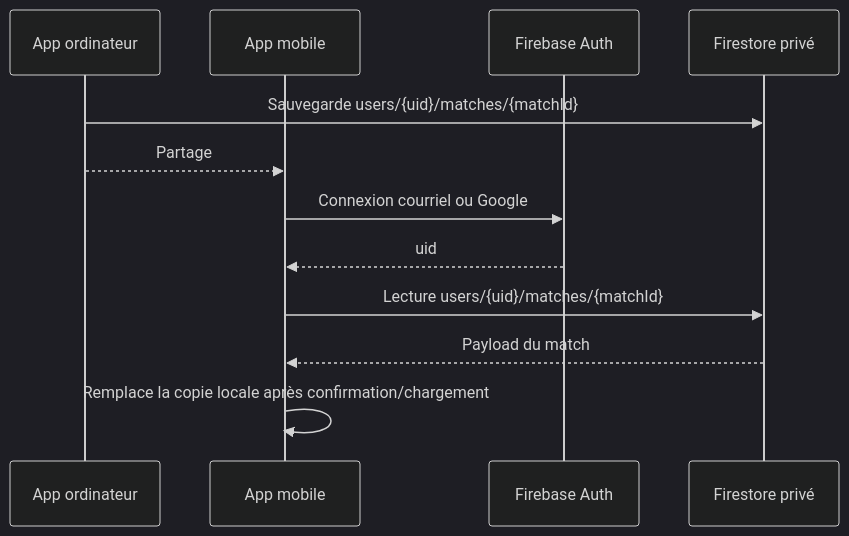
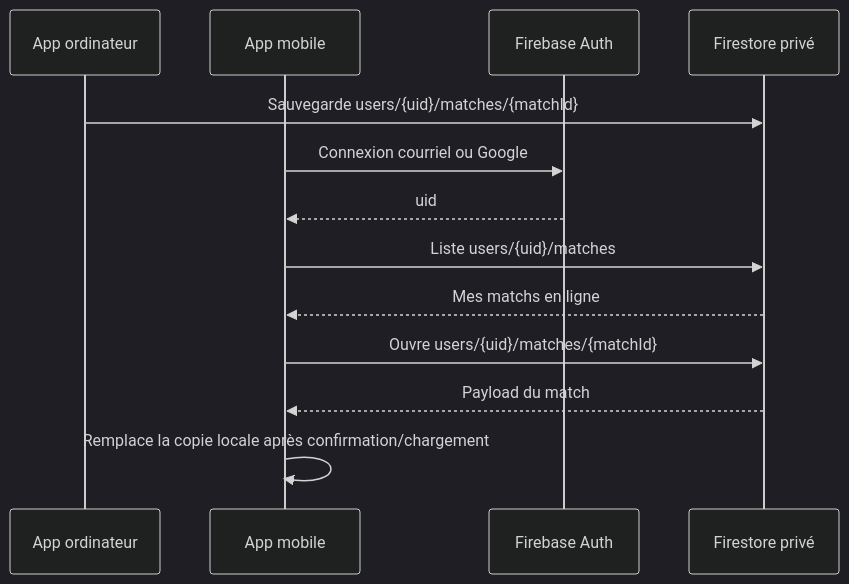
The fourth of 8 diagrams in docs/firebase-firestore-sync.md (flegault/rallye-cap), drawn with Mermaid (dark theme) before and after one commit. The commit also changed other lines of this file and 9 other files, not shown here.

````diff
--- a/docs/firebase-firestore-sync.md
+++ b/docs/firebase-firestore-sync.md
@@ -91,15 +91,16 @@
 ```mermaid
 sequenceDiagram
   participant Desktop as App ordinateur
   participant Mobile as App mobile
   participant Auth as Firebase Auth
   participant FS as Firestore privé
 
   Desktop->>FS: Sauvegarde users/{uid}/matches/{matchId}
-  Desktop-->>Mobile: Partage #edit/{matchId}
   Mobile->>Auth: Connexion courriel ou Google
   Auth-->>Mobile: uid
-  Mobile->>FS: Lecture users/{uid}/matches/{matchId}
+  Mobile->>FS: Liste users/{uid}/matches
+  FS-->>Mobile: Mes matchs en ligne
+  Mobile->>FS: Ouvre users/{uid}/matches/{matchId}
   FS-->>Mobile: Payload du match
   Mobile->>Mobile: Remplace la copie locale après confirmation/chargement
 ```
````
